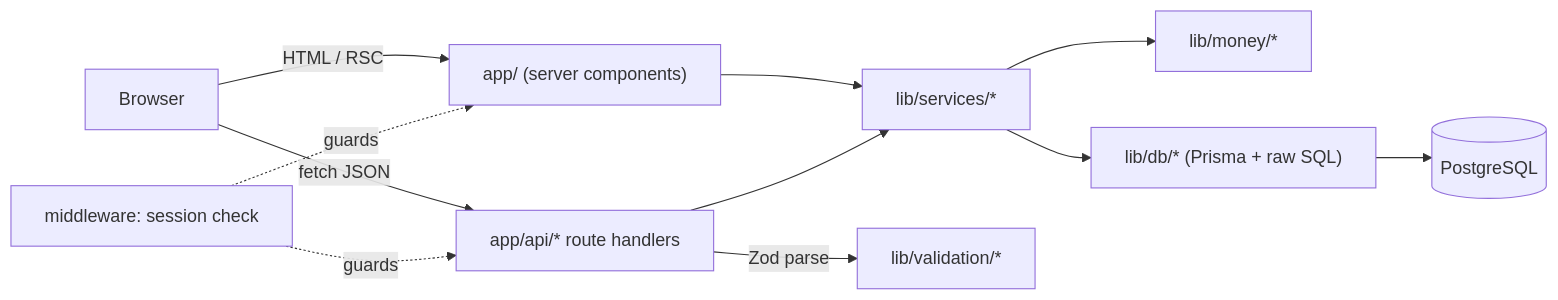
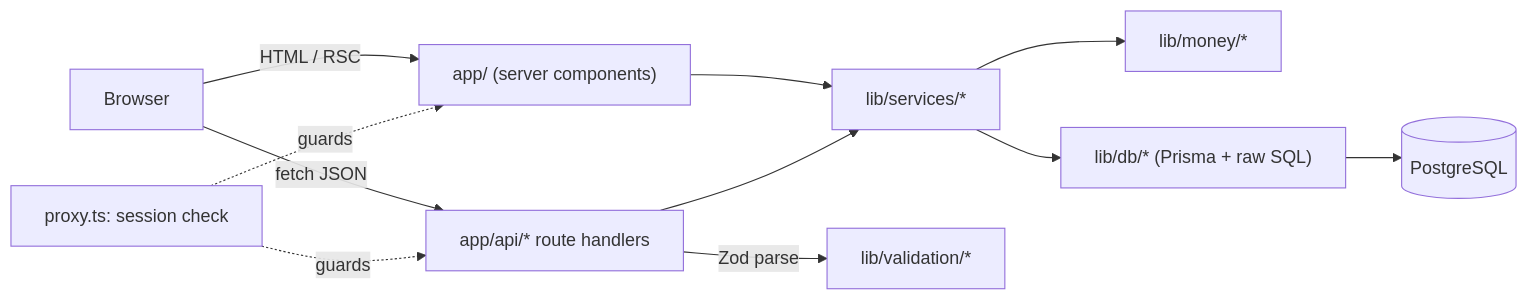
One commit to bilalaslam1122/acme-salary-manager changed the first of 2 diagrams in context/architecture.md. Above: the diagram before and after it, drawn with Mermaid. The commit also changed other lines of this file and 30 other files, not shown here.

````diff
--- a/context/architecture.md
+++ b/context/architecture.md
@@ -42,13 +42,13 @@
 ```mermaid
 flowchart LR
   Browser -->|HTML / RSC| Pages["app/ (server components)"]
   Browser -->|fetch JSON| API["app/api/* route handlers"]
-  MW["middleware: session check"] -.guards.-> Pages
+  MW["proxy.ts: session check"] -.guards.-> Pages
   MW -.guards.-> API
   Pages --> Services["lib/services/*"]
   API -->|Zod parse| Validation["lib/validation/*"]
   API --> Services
   Services --> Money["lib/money/*"]
   Services --> DB["lib/db/* (Prisma + raw SQL)"]
   DB --> Store[("PostgreSQL")]
 ```
````
